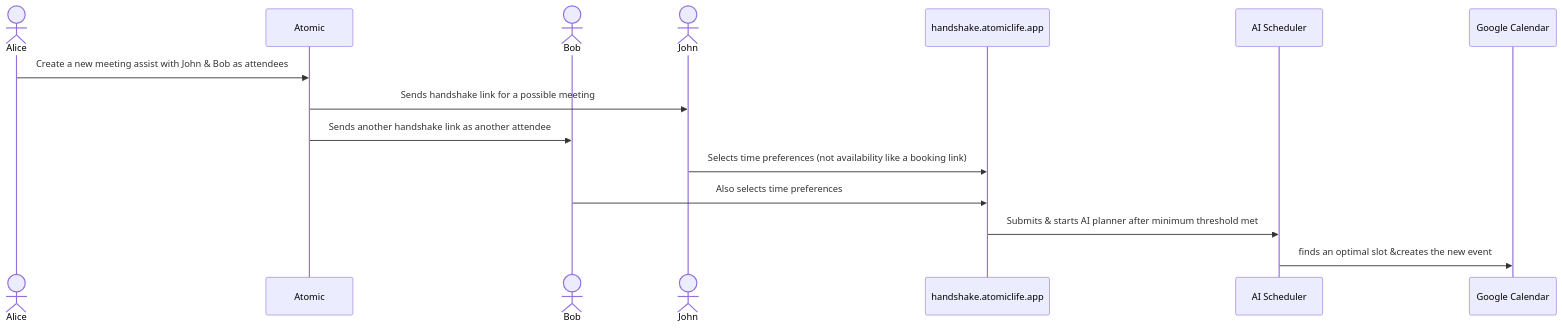
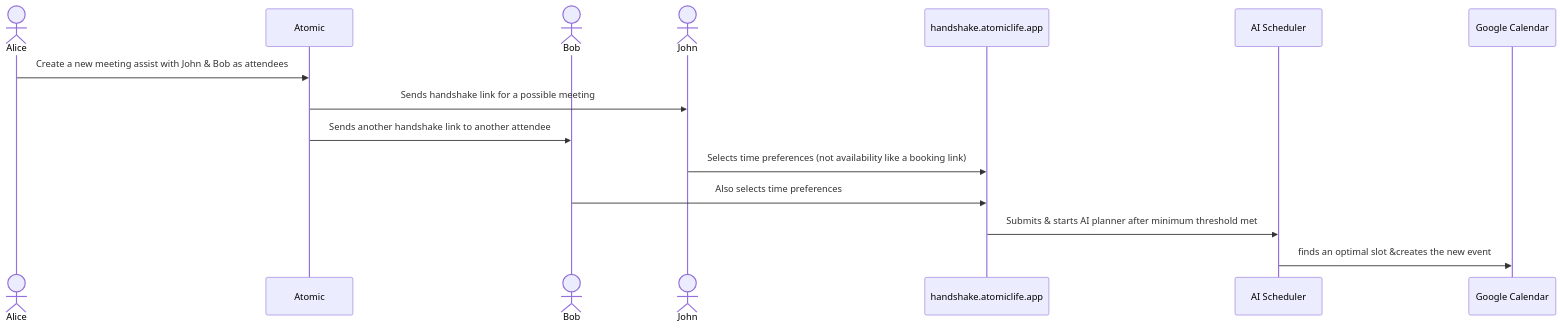
One commit to rush86999/atomic changed the diagram in README.md. Above: the diagram before and after it, drawn with Mermaid.

````diff
--- a/README.md
+++ b/README.md
@@ -102,19 +102,19 @@
 ```mermaid
     sequenceDiagram
     actor Alice
     participant A as Atomic
     actor Bob
     actor John
     participant H as handshake.atomiclife.app
     participant P as AI Scheduler
 
     participant G as Google Calendar
     Alice->>A: Create a new meeting assist with John & Bob as attendees
     A->>John: Sends handshake link for a possible meeting
-    A->>Bob: Sends another handshake link as another attendee 
+    A->>Bob: Sends another handshake link to another attendee 
     John->>H: Selects time preferences (not availability like a booking link)
     Bob->>H: Also selects time preferences
     H->>P: Submits & starts AI planner after minimum threshold met
     P->>G: finds an optimal slot &creates the new event
 
 ```
````
